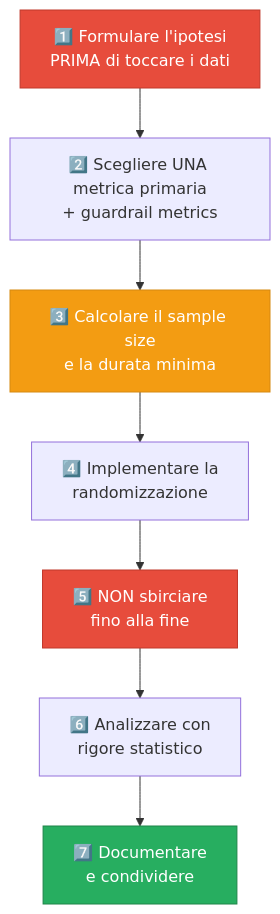
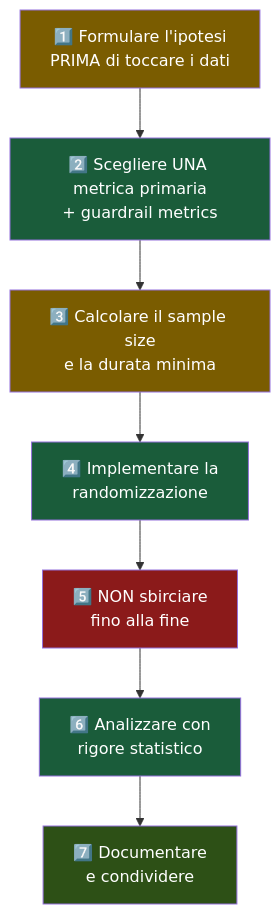
Before and after one commit to AndreyBertasini/gynnitech: the fourth of 5 diagrams in src/content/corso/analisi-prodotto/ab-testing.mdx, drawn with Mermaid. The commit also changed other lines of this file and 21 other files, not shown here.

First line of the commit message:
style: applica color scheme semantico a tutti i diagrammi Mermaid del corso

````diff
--- a/src/content/corso/analisi-prodotto/ab-testing.mdx
+++ b/src/content/corso/analisi-prodotto/ab-testing.mdx
@@ -274,13 +290,16 @@
 ```mermaid
 graph TD
     C1["1️⃣ Formulare l'ipotesi\nPRIMA di toccare i dati"] --> C2["2️⃣ Scegliere UNA metrica primaria\n+ guardrail metrics"]
     C2 --> C3["3️⃣ Calcolare il sample size\ne la durata minima"]
     C3 --> C4["4️⃣ Implementare la\nrandomizzazione"]
     C4 --> C5["5️⃣ NON sbirciare\nfino alla fine"]
     C5 --> C6["6️⃣ Analizzare con\nrigore statistico"]
     C6 --> C7["7️⃣ Documentare\ne condividere"]
-    style C1 fill:#e74c3c,stroke:#c0392b,color:#fff
-    style C3 fill:#f39c12,stroke:#d68910,color:#fff
-    style C5 fill:#e74c3c,stroke:#c0392b,color:#fff
-    style C7 fill:#27ae60,stroke:#1e8449,color:#fff
+    style C1 fill:#7a5c00,color:#ffffff
+    style C2 fill:#1a5c3a,color:#ffffff
+    style C3 fill:#7a5c00,color:#ffffff
+    style C4 fill:#1a5c3a,color:#ffffff
+    style C5 fill:#8b1a1a,color:#ffffff
+    style C6 fill:#1a5c3a,color:#ffffff
+    style C7 fill:#2d5016,color:#ffffff
 ```
````
